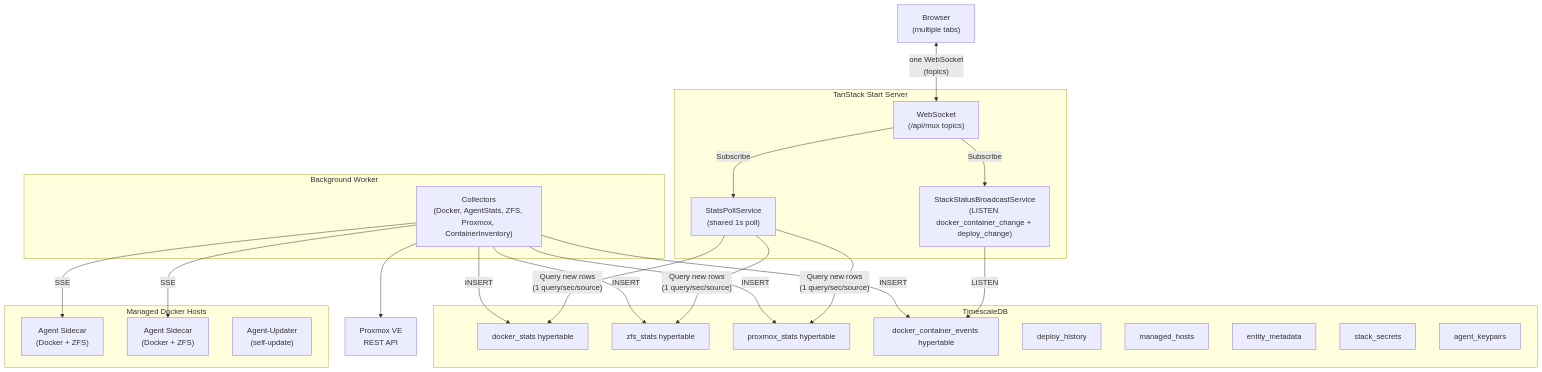
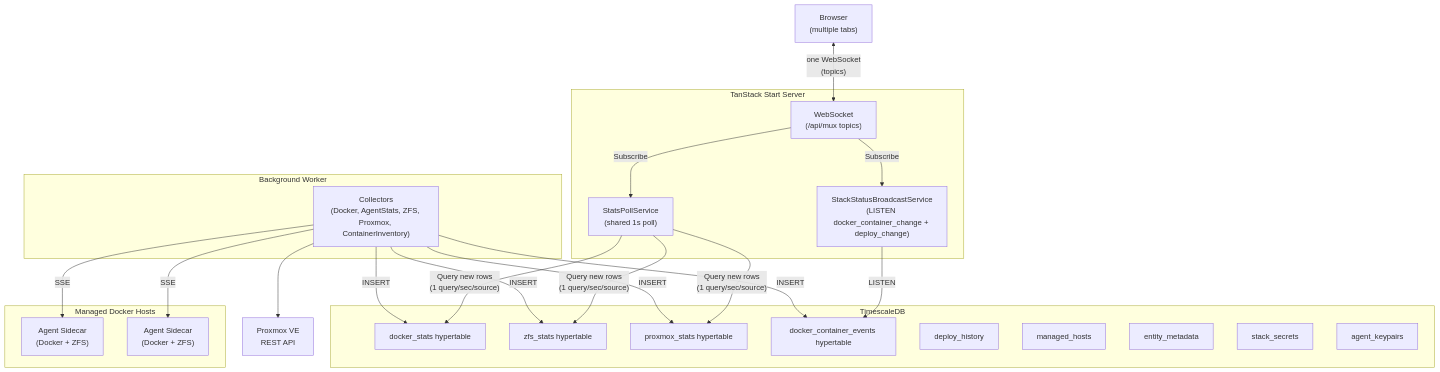
Before and after one commit to jaredglaser/homelab-manager: the first of 5 diagrams in docs/architecture.md, drawn with Mermaid. The commit also changed other lines of this file and 62 other files, not shown here.

First line of the commit message:
feat(agents)!: manager-driven agent updates without the agent-updater sidecar (#580)

````diff
--- a/docs/architecture.md
+++ b/docs/architecture.md
@@ -5,49 +5,48 @@
 ```mermaid
 graph TD
     Browser["Browser<br/>(multiple tabs)"]
 
     subgraph TanStack_Start["TanStack Start Server"]
         Mux["WebSocket<br/>(/api/mux topics)"]
         PollSvc["StatsPollService<br/>(shared 1s poll)"]
         StackBroadcast["StackStatusBroadcastService<br/>(LISTEN docker_container_change + deploy_change)"]
     end
 
     subgraph Database["TimescaleDB"]
         DockerTable["docker_stats hypertable"]
         ZFSTable["zfs_stats hypertable"]
         ProxmoxTable["proxmox_stats hypertable"]
         ContainerEvents["docker_container_events hypertable"]
         DeployHistory["deploy_history"]
         ManagedHosts["managed_hosts"]
         EntityMetadata["entity_metadata"]
         StackSecrets["stack_secrets"]
         AgentKeypairs["agent_keypairs"]
     end
 
     subgraph Worker["Background Worker"]
         Collectors["Collectors<br/>(Docker, AgentStats, ZFS, Proxmox, ContainerInventory)"]
     end
 
     subgraph Hosts["Managed Docker Hosts"]
         Agent1["Agent Sidecar<br/>(Docker + ZFS)"]
         Agent2["Agent Sidecar<br/>(Docker + ZFS)"]
-        Updater["Agent-Updater<br/>(self-update)"]
     end
 
     ProxmoxHost["Proxmox VE<br/>REST API"]
 
     Browser <-->|"one WebSocket<br/>(topics)"| Mux
     Mux -->|"Subscribe"| PollSvc
     Mux -->|"Subscribe"| StackBroadcast
     PollSvc -->|"Query new rows<br/>(1 query/sec/source)"| DockerTable
     PollSvc -->|"Query new rows<br/>(1 query/sec/source)"| ZFSTable
     PollSvc -->|"Query new rows<br/>(1 query/sec/source)"| ProxmoxTable
     StackBroadcast -->|"LISTEN"| ContainerEvents
     Collectors -->|"INSERT"| DockerTable
     Collectors -->|"INSERT"| ZFSTable
     Collectors -->|"INSERT"| ProxmoxTable
     Collectors -->|"INSERT"| ContainerEvents
     Collectors -->|"SSE"| Agent1
     Collectors -->|"SSE"| Agent2
     Collectors --> ProxmoxHost
 ```
````
